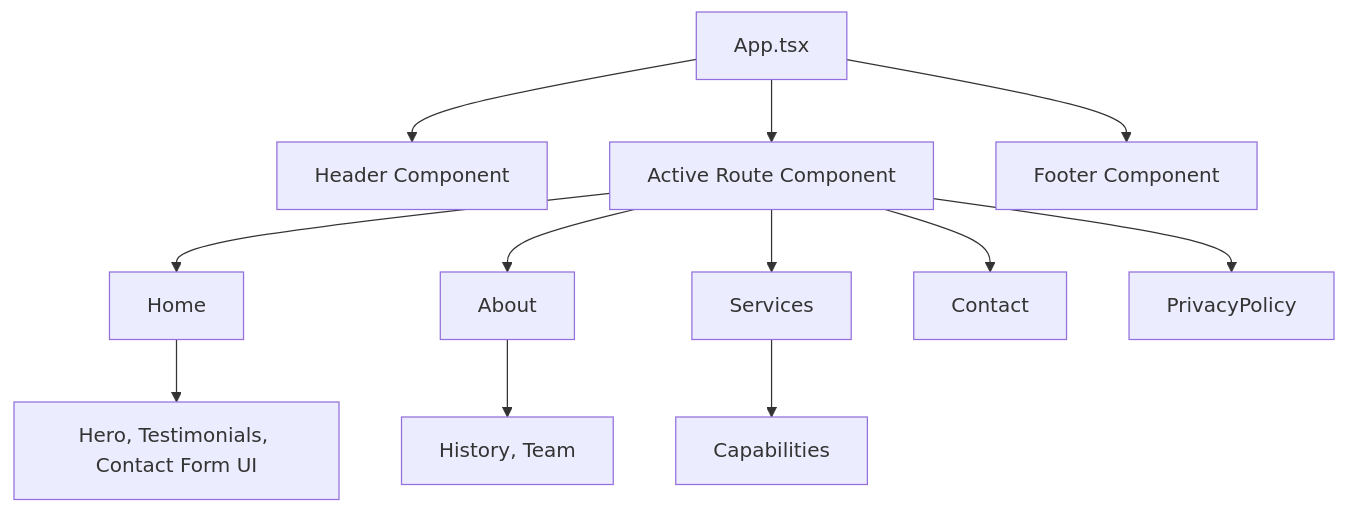
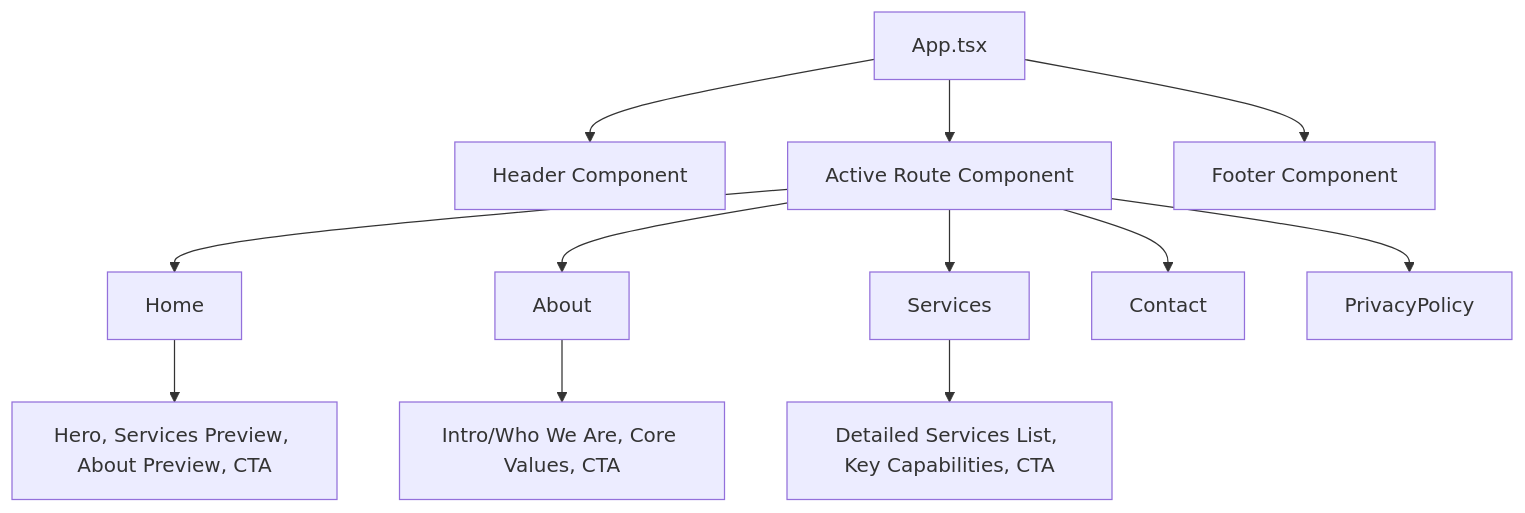
Before and after one commit to YonovaTechnologies/yonovatechnologies.github.io: the second of 3 diagrams in wiki.md, drawn with Mermaid. The commit also changed other lines of this file, not shown here.

````diff
--- a/wiki.md
+++ b/wiki.md
@@ -25,17 +25,17 @@
 ```mermaid
 graph TD
     App[App.tsx]
     App --> Header[Header Component]
     App --> RouteContent[Active Route Component]
     App --> Footer[Footer Component]
     
     RouteContent --> Home[Home]
     RouteContent --> About[About]
     RouteContent --> Services[Services]
     RouteContent --> Contact[Contact]
     RouteContent --> PrivacyPolicy[PrivacyPolicy]
     
-    Home --> HomeSections[Hero, Testimonials, Contact Form UI]
-    About --> AboutSections[History, Team]
-    Services --> ServiceSections[Capabilities]
+    Home --> HomeSections[Hero, Services Preview, About Preview, CTA]
+    About --> AboutSections[Intro/Who We Are, Core Values, CTA]
+    Services --> ServiceSections[Detailed Services List, Key Capabilities, CTA]
 ```
````
